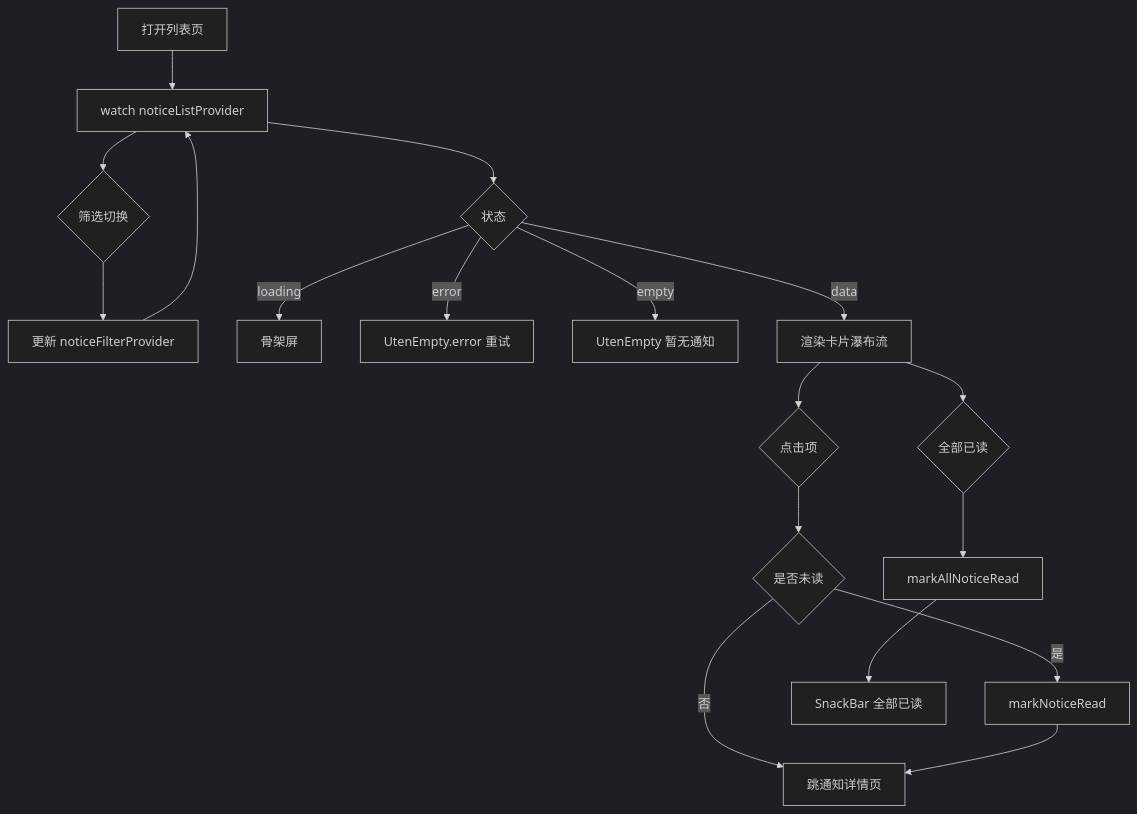
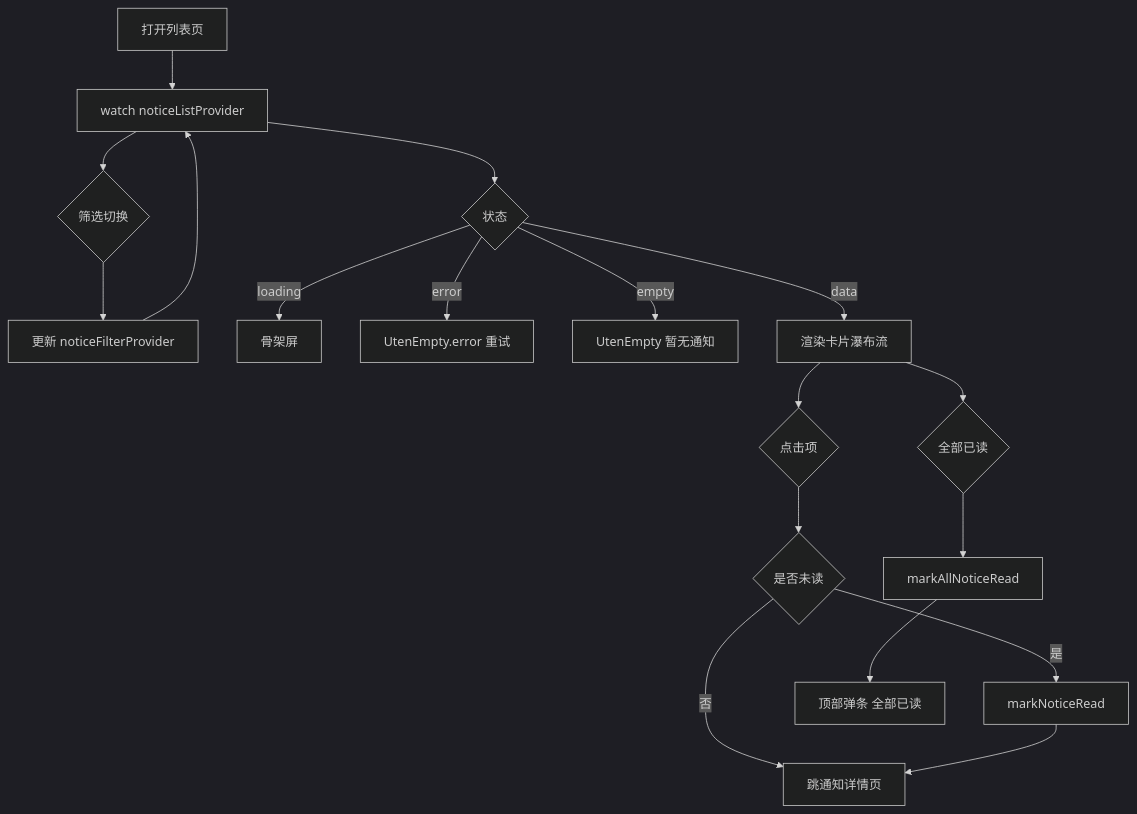
One commit to BruceChu0424/utenelec_imp changed the first of 2 diagrams in docs/03-页面/通知列表页.md. Above: the diagram before and after it, drawn with Mermaid (dark theme). The commit also changed other lines of this file and 158 other files, not shown here.

````diff
--- a/docs/03-页面/通知列表页.md
+++ b/docs/03-页面/通知列表页.md
@@ -97,20 +96,20 @@
 ```mermaid
 flowchart TD
     A[打开列表页] --> W[watch noticeListProvider]
     W --> F{筛选切换}
     F --> FP[更新 noticeFilterProvider]
     FP --> W
     W --> S{状态}
     S -->|loading| SK[骨架屏]
     S -->|error| ER[UtenEmpty.error 重试]
     S -->|empty| EM[UtenEmpty 暂无通知]
     S -->|data| LIST[渲染卡片瀑布流]
     LIST --> CLK{点击项}
     CLK --> R{是否未读}
     R -- 是 --> MR[markNoticeRead]
     R -- 否 --> D
     MR --> D[跳通知详情页]
     LIST --> AA{全部已读}
     AA --> MAR[markAllNoticeRead]
-    MAR --> SB[SnackBar 全部已读]
+    MAR --> SB[顶部弹条 全部已读]
 ```
````
